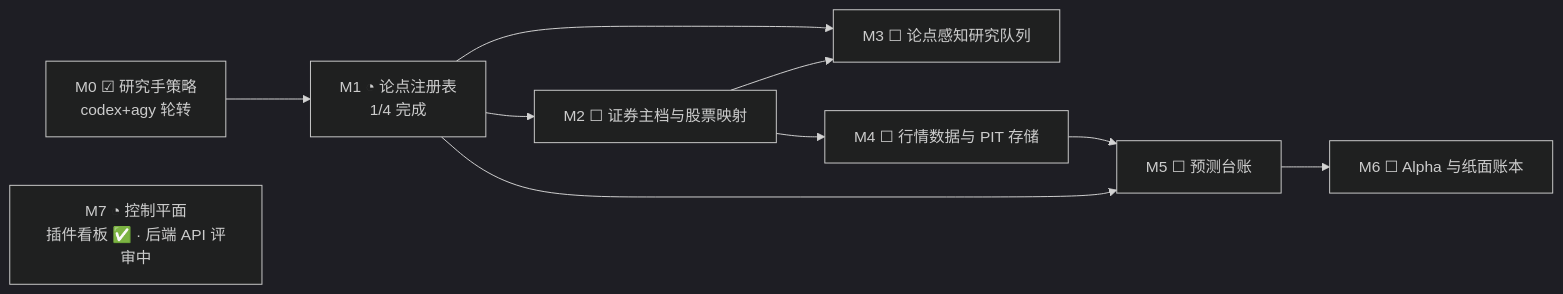
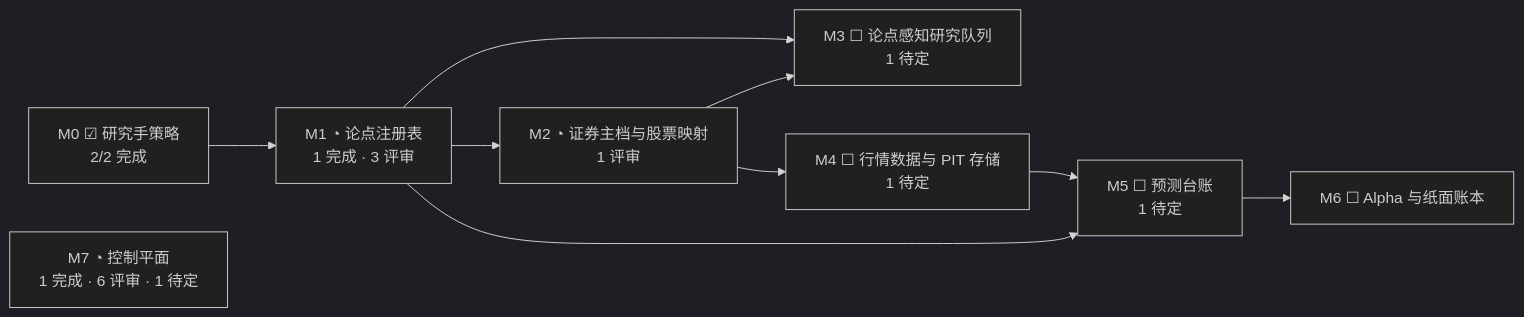
One commit to dmquant/institute-one changed the first of 2 diagrams in README.zh-CN.md. Above: the diagram before and after it, drawn with Mermaid (dark theme). The commit also changed other lines of this file and 13 other files, not shown here.

Commit message:
Finish thesis and roadmap reconciliation

````diff
--- a/README.zh-CN.md
+++ b/README.zh-CN.md
@@ -155,15 +155,15 @@
 ```mermaid
 flowchart LR
-    M0["M0 ☑ 研究手策略<br/>codex+agy 轮转"]
-    M1["M1 ◔ 论点注册表<br/>1/4 完成"]
-    M2["M2 ☐ 证券主档与股票映射"]
-    M3["M3 ☐ 论点感知研究队列"]
-    M4["M4 ☐ 行情数据与 PIT 存储"]
-    M5["M5 ☐ 预测台账"]
+    M0["M0 ☑ 研究手策略<br/>2/2 完成"]
+    M1["M1 ◔ 论点注册表<br/>1 完成 · 3 评审"]
+    M2["M2 ◔ 证券主档与股票映射<br/>1 评审"]
+    M3["M3 ☐ 论点感知研究队列<br/>1 待定"]
+    M4["M4 ☐ 行情数据与 PIT 存储<br/>1 待定"]
+    M5["M5 ☐ 预测台账<br/>1 待定"]
     M6["M6 ☐ Alpha 与纸面账本"]
-    M7["M7 ◔ 控制平面<br/>插件看板 ✅ · 后端 API 评审中"]
+    M7["M7 ◔ 控制平面<br/>1 完成 · 6 评审 · 1 待定"]
     M0 --> M1 --> M2
     M1 & M2 --> M3
     M2 --> M4 --> M5 --> M6
     M1 --> M5
 ```
````
